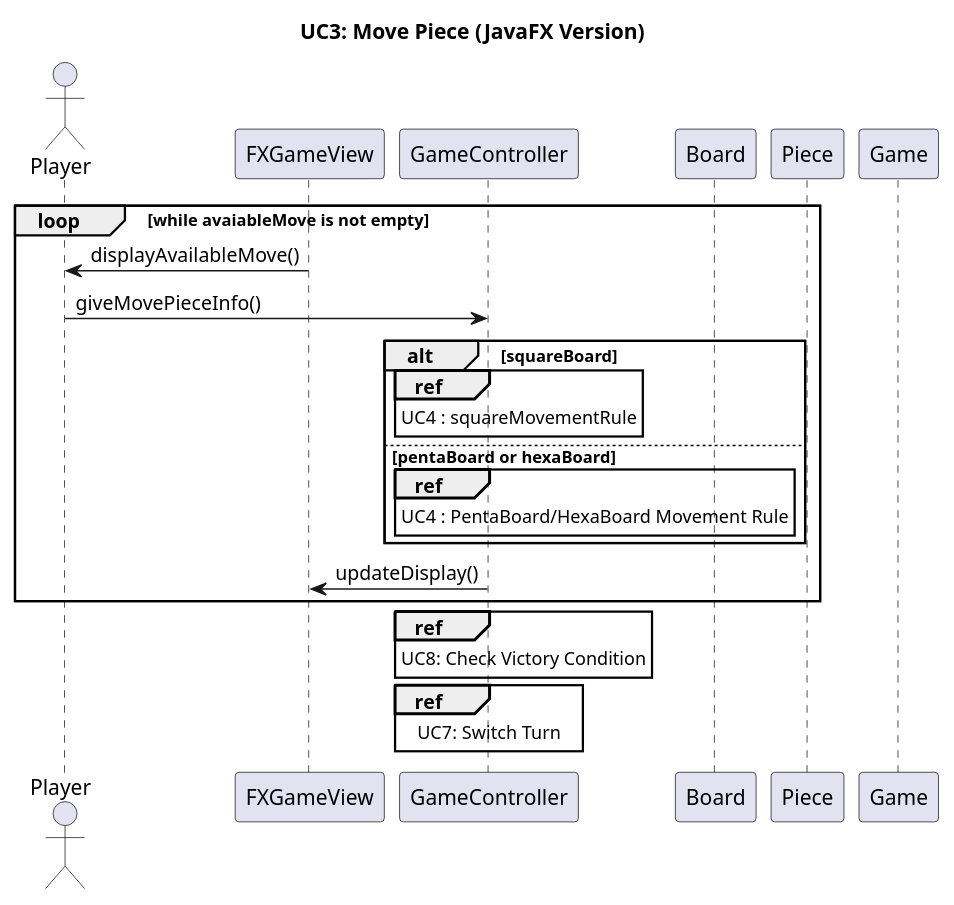
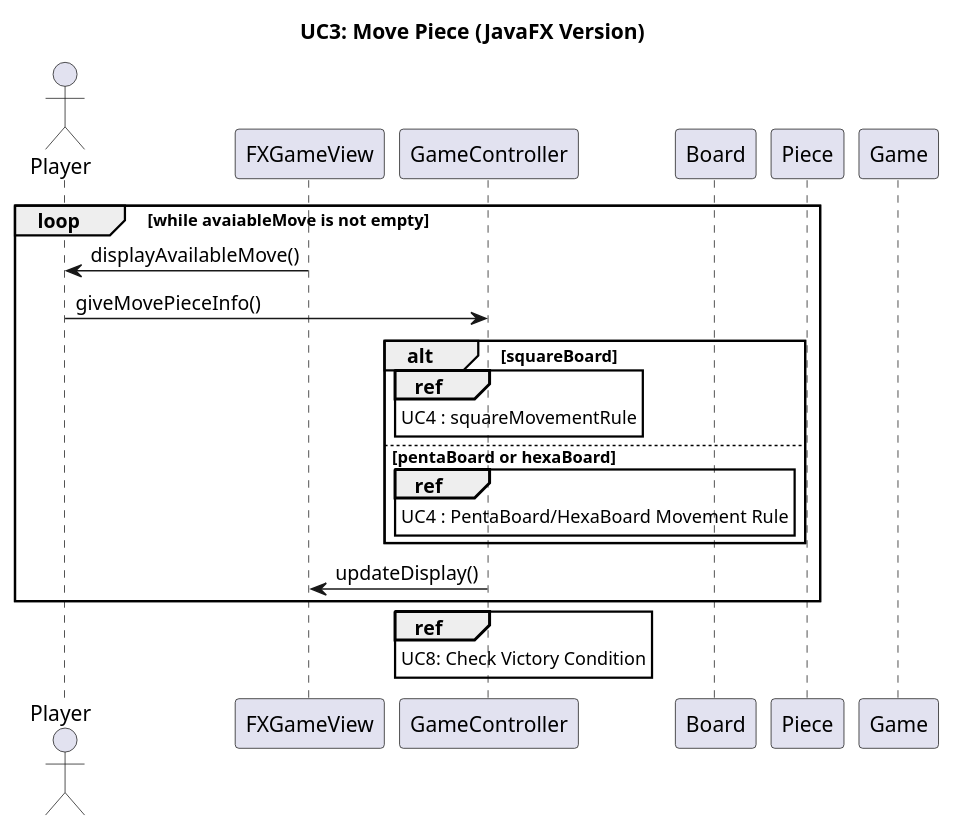
The diagram in UC3FX.puml (jack0928/SE-Term-Project-2025), drawn with PlantUML before and after one commit. The commit also changed 4 other files, not shown here.

Commit message:
docs: sequence diagram 1차 완성

```diff
--- a/UC3FX.puml
+++ b/UC3FX.puml
@@ -1,37 +1,31 @@
 @startuml
 title UC3: Move Piece (JavaFX Version)
 
 actor Player
 participant FXGameView as FXGameView
 participant GameController as GameController
 participant Board as Board
 participant Piece as Piece
 participant Game as Game
 
 loop while avaiableMove is not empty
 FXGameView -> Player : displayAvailableMove()
 Player-> GameController : giveMovePieceInfo()
 alt squareBoard
 	ref over GameController
 		UC4 : squareMovementRule
 	end ref
 else pentaBoard or hexaBoard
 	ref over GameController
 		UC4 : PentaBoard/HexaBoard Movement Rule
 	end ref
 end alt
 GameController -> FXGameView : updateDisplay()
 end loop
 
-
-
-'필요 없을듯?'
 ref over GameController
 	UC8: Check Victory Condition
-end ref
-ref over GameController
-	UC7: Switch Turn
 end ref
 
 
 @enduml
```
